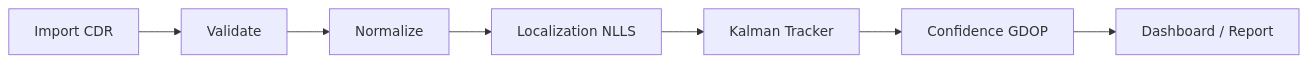
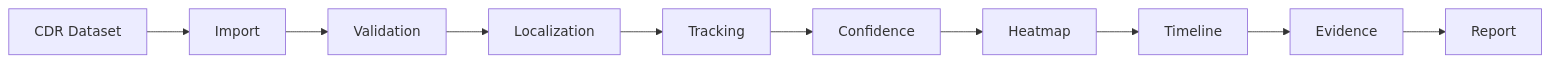
One commit to sriram21-09/Asterion changed the first of 3 diagrams in README.md. Above: the diagram before and after it, drawn with Mermaid. The commit also changed other lines of this file, not shown here.

````diff
--- a/README.md
+++ b/README.md
@@ -84,9 +143,12 @@
 ```mermaid
 graph LR
-    A[Import CDR] --> B[Validate]
-    B --> C[Normalize]
-    C --> D[Localization NLLS]
-    D --> E[Kalman Tracker]
-    E --> F[Confidence GDOP]
-    F --> G[Dashboard / Report]
+    A[CDR Dataset] --> B[Import]
+    B --> C[Validation]
+    C --> D[Localization]
+    D --> E[Tracking]
+    E --> F[Confidence]
+    F --> G[Heatmap]
+    G --> H[Timeline]
+    H --> I[Evidence]
+    I --> J[Report]
 ```
````
